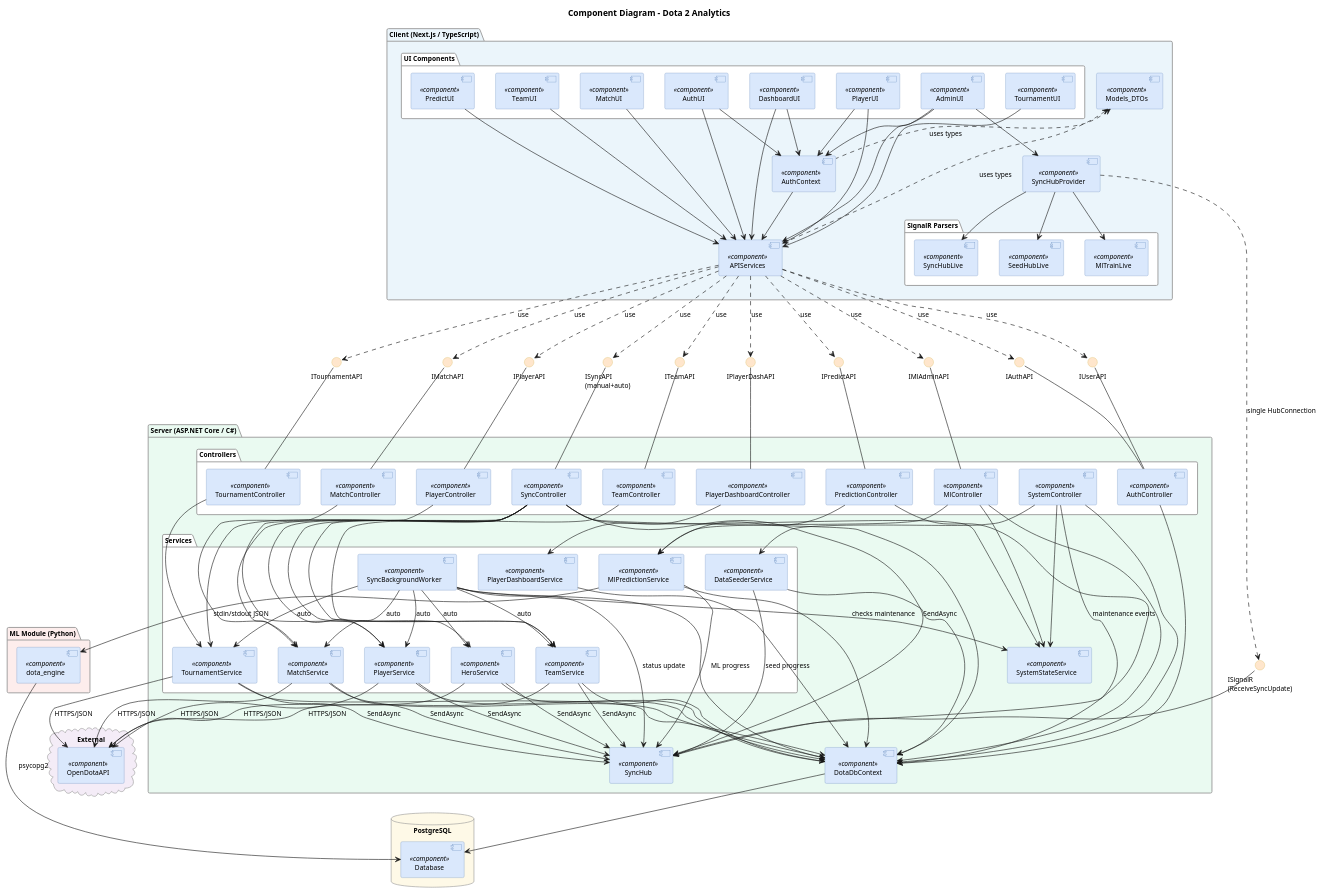
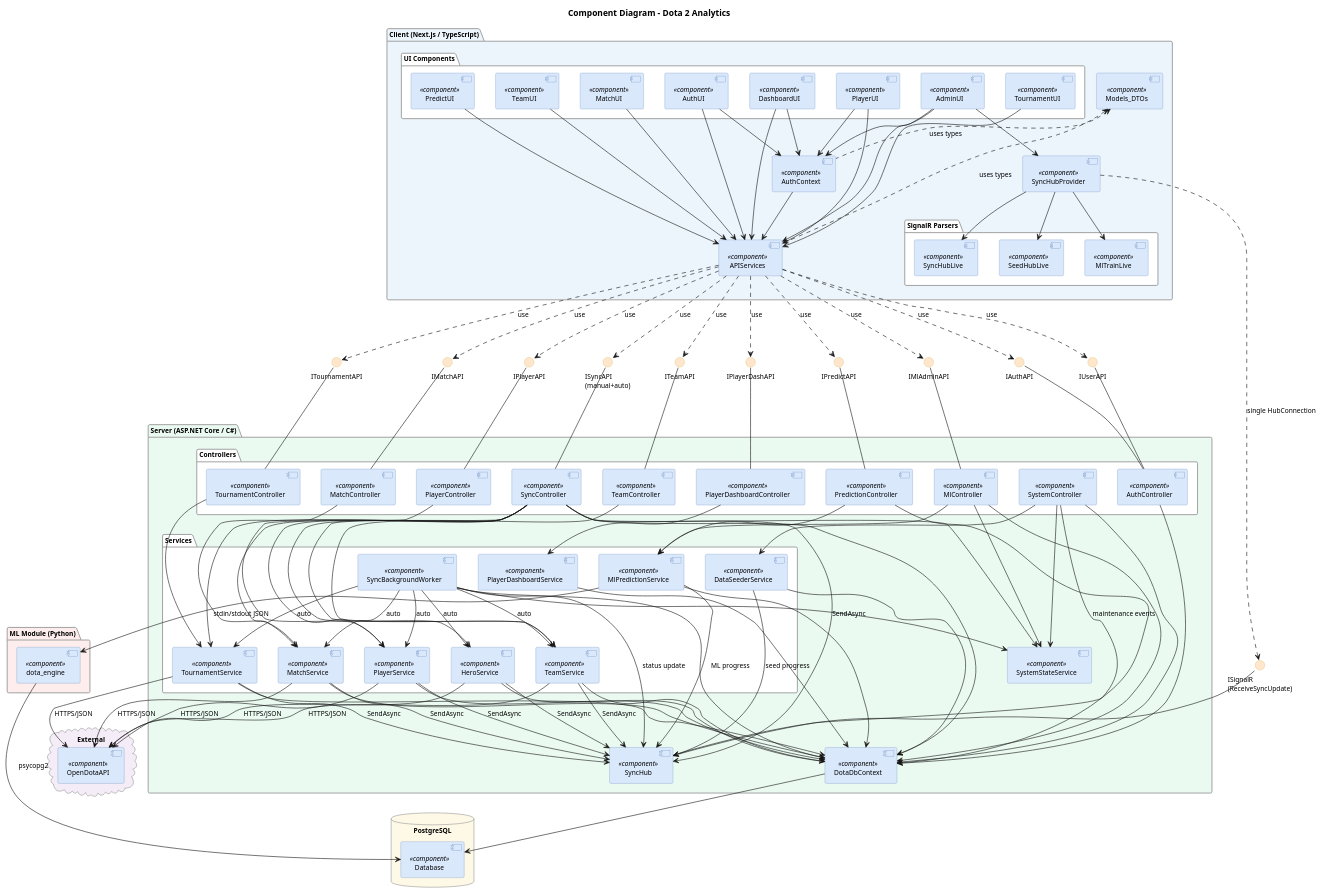
One commit to PIvanna/DotaAnalyticsBackend changed the diagram in docs/component-diagram.puml. Above: the diagram before and after it, drawn with PlantUML.

Commit message:
docs: finalize component diagram - fully verified against codebase

```diff
--- a/docs/component-diagram.puml
+++ b/docs/component-diagram.puml
@@ -86,7 +86,7 @@
   [OpenDotaAPI] <<component>>
 }
 
-' ===== INTERFACES =====
+' ===== ІНТЕРФЕЙСИ =====
 interface "IAuthAPI" as IAuth
 interface "IUserAPI" as IUser
 interface "IMatchAPI" as IMatch
@@ -99,8 +99,7 @@
 interface "IMlAdminAPI" as IMlAdmin
 interface "ISignalR\n(ReceiveSyncUpdate)" as ISignalR
 
-' ===== SERVER PROVIDES INTERFACES =====
-' AuthController provides both auth (login/register) and user profile (IUser)
+' ===== СЕРВЕР НАДАЄ ІНТЕРФЕЙСИ =====
 AuthController -up- IAuth
 AuthController -up- IUser
 MatchController -up- IMatch
@@ -113,7 +112,7 @@
 MlController -up- IMlAdmin
 SyncHub -up- ISignalR
 
-' ===== CLIENT USES INTERFACES =====
+' ===== КЛІЄНТ ВИКОРИСТОВУЄ ІНТЕРФЕЙСИ =====
 APIServices ..> IAuth : use
 APIServices ..> IUser : use
 APIServices ..> IMatch : use
@@ -131,7 +130,7 @@
 SyncHubProvider --> SeedHubLive
 SyncHubProvider --> MlTrainLive
 
-' ===== MODELS =====
+' ===== МОДЕЛІ =====
 Models_DTOs <.. APIServices : uses types
 Models_DTOs <.. AuthContext : uses types
 
@@ -142,7 +141,7 @@
 DashboardUI --> AuthContext
 AuthContext --> APIServices
 
-' ===== UI -> APIServices =====
+' ===== UI → APIServices =====
 AuthUI --> APIServices
 MatchUI --> APIServices
 TeamUI --> APIServices
@@ -153,53 +152,44 @@
 AdminUI --> APIServices
 AdminUI --> SyncHubProvider
 
-' ===== CONTROLLERS -> SERVICES / DbContext =====
-' AuthController uses DotaDbContext directly (no service layer)
+' ===== КОНТРОЛЕРИ → СЕРВІСИ / БД =====
 AuthController --> DotaDbContext
-
 MatchController --> MatchService
 TeamController --> TeamService
 PlayerController --> PlayerService
 PlayerDashboardController --> PlayerDashboardService
 TournamentController --> TournamentService
-
-' PredictionController uses MlPredictionService + DotaDbContext directly (team lookups)
 PredictionController --> MlPredictionService
 PredictionController --> DotaDbContext
-
-' SyncController uses services + DotaDbContext directly (status queries) + SignalR
 SyncController --> MatchService
 SyncController --> TeamService
 SyncController --> PlayerService
 SyncController --> TournamentService
 SyncController --> HeroService
 SyncController --> DotaDbContext
-SyncController --> SystemStateService
 SyncController --> SyncHub : SendAsync
-
-' MlController uses service + DotaDbContext (team lookup) + SystemStateService
-' SyncHub push happens via scoped IHubContext resolved inside Task.Run, not a direct field dep
 MlController --> MlPredictionService
 MlController --> DotaDbContext
-MlController --> SystemStateService
-
-' SystemController uses seeder + DotaDbContext (ClearDb) + SystemStateService + SignalR
 SystemController --> DataSeederService
 SystemController --> DotaDbContext
-SystemController --> SystemStateService
 SystemController --> SyncHub : maintenance events
 
-' ===== BACKGROUND WORKER =====
+' ===== SystemStateService =====
+MlController --> SystemStateService
+SyncController --> SystemStateService
+SystemController --> SystemStateService
+SyncBackgroundWorker --> SystemStateService
+
+' ===== ФОНОВИЙ ВОРКЕР =====
 SyncBackgroundWorker --> MatchService : auto
 SyncBackgroundWorker --> TeamService : auto
 SyncBackgroundWorker --> PlayerService : auto
 SyncBackgroundWorker --> TournamentService : auto
 SyncBackgroundWorker --> HeroService : auto
-SyncBackgroundWorker --> SystemStateService : checks maintenance
+SyncBackgroundWorker --> DotaDbContext
 SyncBackgroundWorker --> SyncHub : status update
-SyncBackgroundWorker --> DotaDbContext
 
-' ===== SERVICES -> DB =====
+' ===== СЕРВІСИ → БД =====
 MatchService --> DotaDbContext
 TeamService --> DotaDbContext
 PlayerService --> DotaDbContext
@@ -210,7 +200,7 @@
 DataSeederService --> DotaDbContext
 DotaDbContext --> Database
 
-' ===== SERVICES -> SignalR (direct hub push) =====
+' ===== СЕРВІСИ → SIGNALR =====
 MatchService --> SyncHub : SendAsync
 TeamService --> SyncHub : SendAsync
 PlayerService --> SyncHub : SendAsync
@@ -223,8 +213,7 @@
 MlPredictionService --> dota_engine : stdin/stdout JSON
 dota_engine --> Database : psycopg2
 
-' ===== EXTERNAL API =====
-' DataSeederService loads from CSV files only, does NOT call OpenDotaAPI
+' ===== ЗОВНІШНІЙ API =====
 MatchService --> OpenDotaAPI : HTTPS/JSON
 TeamService --> OpenDotaAPI : HTTPS/JSON
 PlayerService --> OpenDotaAPI : HTTPS/JSON
```
